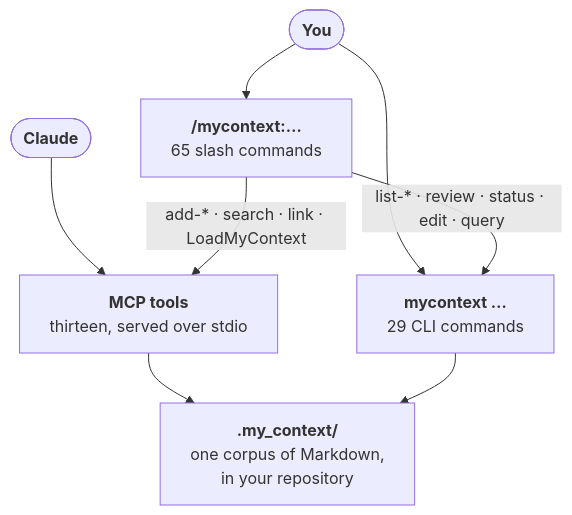
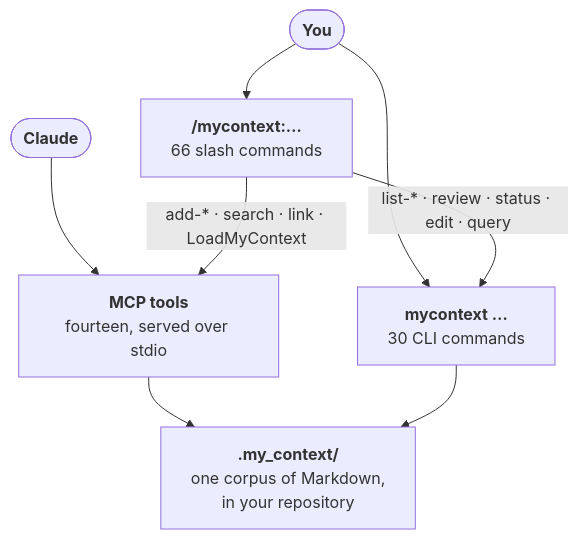
The fourth of 5 diagrams in README.md (Dudi-Bar-On/my-context), drawn with Mermaid before and after one commit. The commit also changed other lines of this file and 1 other file, not shown here.

````diff
--- a/README.md
+++ b/README.md
@@ -1687,10 +1687,10 @@
 ```mermaid
 flowchart TB
-  U(["<b>You</b>"]) --> SL["<b>/mycontext:…</b><br/>65 slash commands"]
-  U --> CL["<b>mycontext …</b><br/>29 CLI commands"]
-  A(["<b>Claude</b>"]) --> TL["<b>MCP tools</b><br/>thirteen, served over stdio"]
+  U(["<b>You</b>"]) --> SL["<b>/mycontext:…</b><br/>66 slash commands"]
+  U --> CL["<b>mycontext …</b><br/>30 CLI commands"]
+  A(["<b>Claude</b>"]) --> TL["<b>MCP tools</b><br/>fourteen, served over stdio"]
   SL -->|"add-* · search · link · LoadMyContext"| TL
   SL -->|"list-* · review · status · edit · query"| CL
   TL --> CO["<b>.my_context/</b><br/>one corpus of Markdown,<br/>in your repository"]
   CL --> CO
 ```
````
